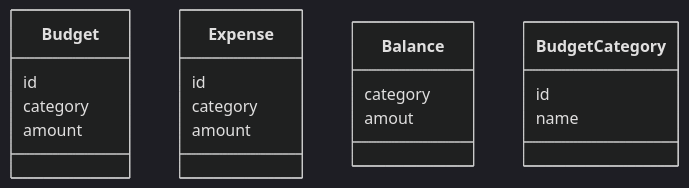
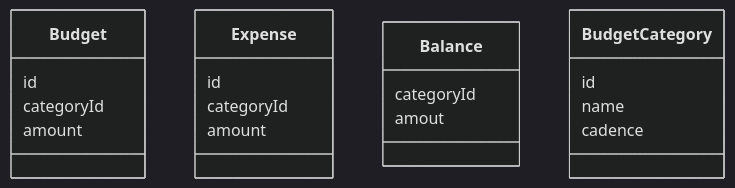
One commit to fadykuzman/budget-backend changed the first of 2 diagrams in docs/Budget.md. Above: the diagram before and after it, drawn with Mermaid (dark theme). The commit also changed other lines of this file and 3 other files, not shown here.

````diff
--- a/docs/Budget.md
+++ b/docs/Budget.md
@@ -3,21 +3,22 @@
 ```mermaid
 classDiagram
     class Budget {
         id
-        category
+        categoryId
         amount
     }
     class Expense {
         id
-        category
+        categoryId
         amount
     }
     class Balance {
-        category
+        categoryId
         amout
     }
     class BudgetCategory {
         id
         name
+        cadence
     }
 ```
````
